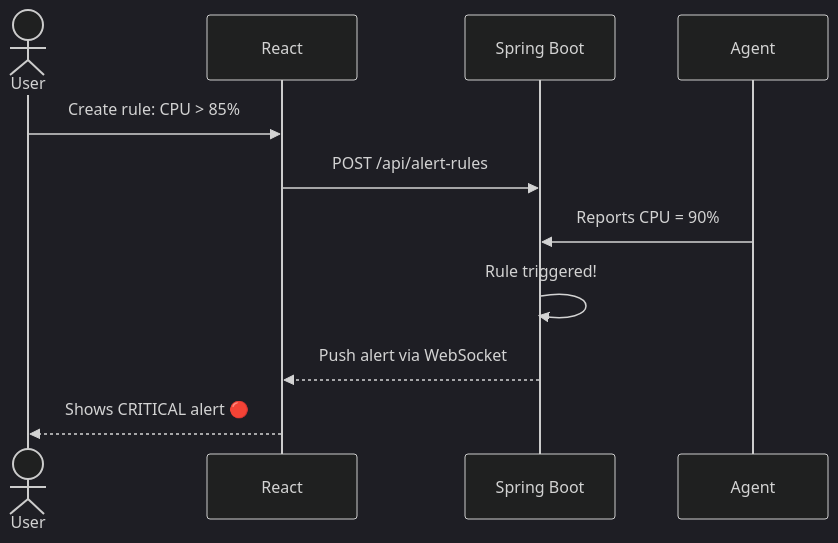
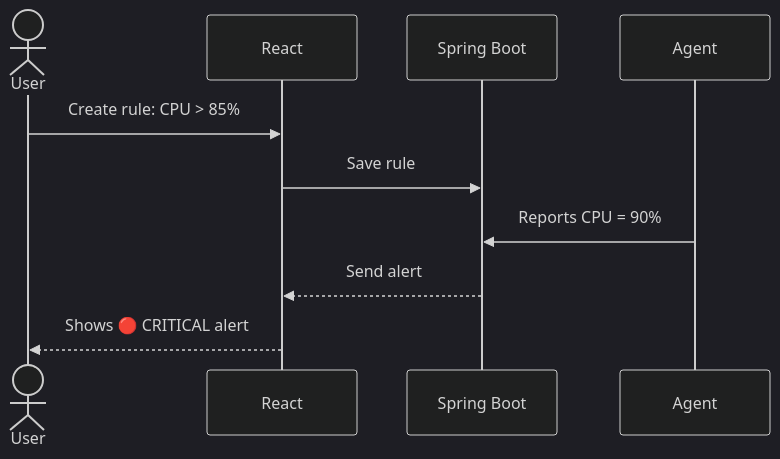
Before and after one commit to ziyadhussain23/Argus: the fifth of 6 diagrams in Assignment 6/Assignment6.md, drawn with Mermaid (dark theme). The commit also changed other lines of this file, not shown here.

````diff
--- a/Assignment 6/Assignment6.md
+++ b/Assignment 6/Assignment6.md
@@ -263,13 +232,9 @@
 ```mermaid
 sequenceDiagram
     actor User
-    participant React
-    participant Spring as Spring Boot
-    participant Agent
     User->>React: Create rule: CPU > 85%
-    React->>Spring: POST /api/alert-rules
-    Agent->>Spring: Reports CPU = 90%
-    Spring->>Spring: Rule triggered!
-    Spring-->>React: Push alert via WebSocket
-    React-->>User: Shows CRITICAL alert 🔴
+    React->>Spring Boot: Save rule
+    Agent->>Spring Boot: Reports CPU = 90%
+    Spring Boot-->>React: Send alert
+    React-->>User: Shows 🔴 CRITICAL alert
 ```
````
